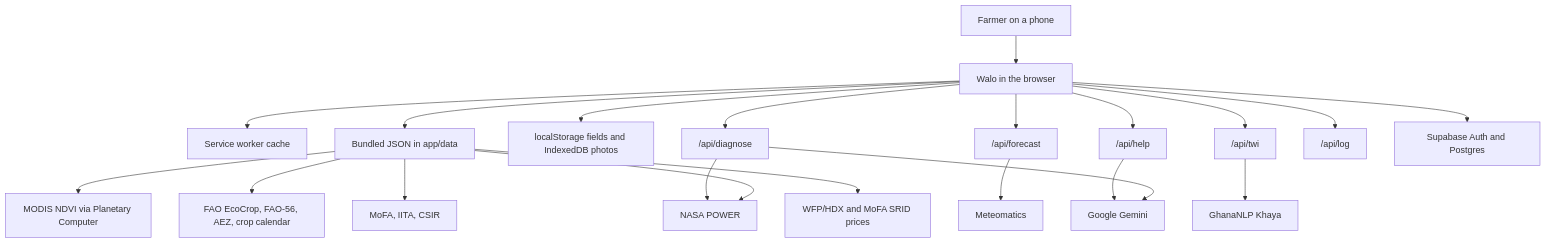
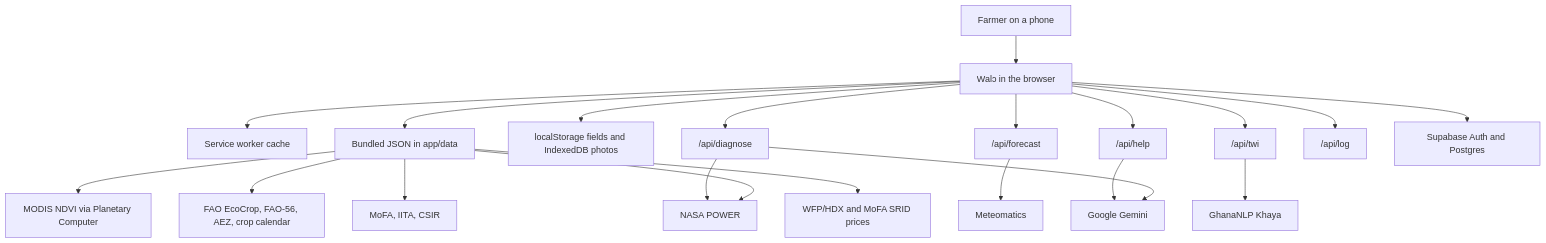
Before and after one commit to nogasante/walo: the first of 2 diagrams in README.md, drawn with Mermaid. The commit also changed other lines of this file and 57 other files, not shown here.

````diff
--- a/README.md
+++ b/README.md
@@ -47,43 +47,43 @@
 ```mermaid
 flowchart TD
   farmer[Farmer on a phone]
-  app[Walo in the browser]
+  app[Walɔ in the browser]
   cache[Service worker cache]
   files[Bundled JSON in app/data]
   phoneStore[localStorage fields and IndexedDB photos]
   forecast["/api/forecast"]
   doctor["/api/diagnose"]
   help["/api/help"]
   twi["/api/twi"]
   log["/api/log"]
   power[NASA POWER]
   meteomatics[Meteomatics]
   gemini[Google Gemini]
   khaya[GhanaNLP Khaya]
   supabase[Supabase Auth and Postgres]
   modis[MODIS NDVI via Planetary Computer]
   fao[FAO EcoCrop, FAO-56, AEZ, crop calendar]
   mofa[MoFA, IITA, CSIR]
   prices[WFP/HDX and MoFA SRID prices]
 
   farmer --> app
   app --> cache
   app --> files
   app --> phoneStore
   app --> forecast
   app --> doctor
   app --> help
   app --> twi
   app --> log
   app --> supabase
   files --> power
   files --> modis
   files --> fao
   files --> mofa
   files --> prices
   forecast --> meteomatics
   doctor --> gemini
   doctor --> power
   help --> gemini
   twi --> khaya
 ```
````
